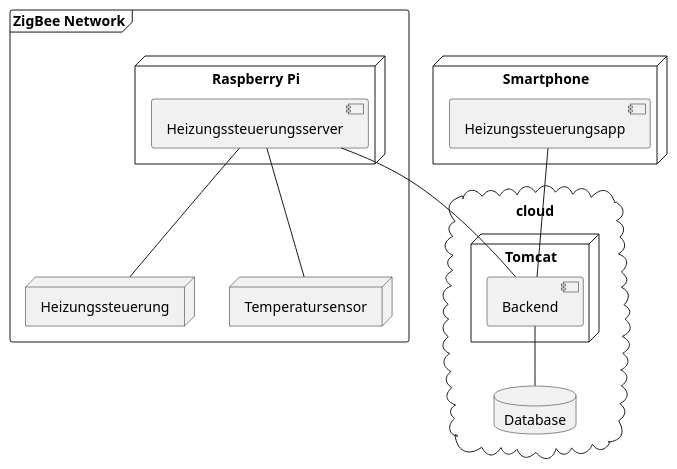
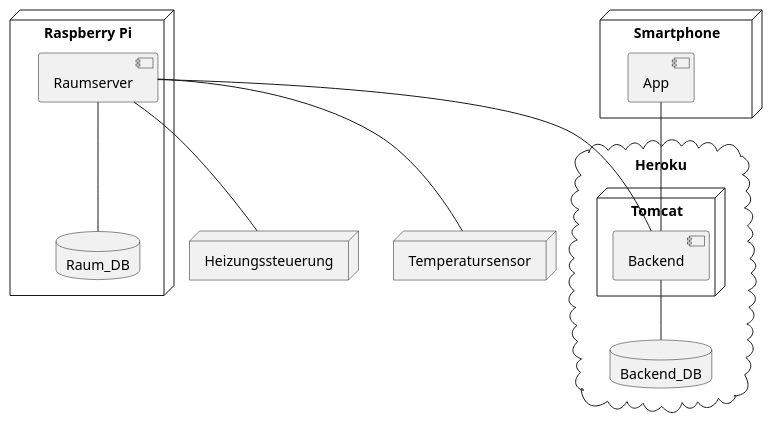
One commit to florensh/embedded-sose16-docs changed the diagram in UML/deploymentDiagram.pu. Above: the diagram before and after it, drawn with PlantUML. The commit also changed 3 other files, not shown here.

```diff
--- a/UML/deploymentDiagram.pu
+++ b/UML/deploymentDiagram.pu
@@ -1,33 +1,35 @@
 @startuml
 
-frame "ZigBee Network" {
+
   node "Raspberry Pi" {
-    component "Heizungssteuerungsserver"
+    database Raum_DB
+    component "Raumserver"
   }
   node "Heizungssteuerung"
   node "Temperatursensor"
 
-}
 
-cloud cloud {
-  database Database
+
+cloud Heroku {
+  database Backend_DB
   node Tomcat {
     component "Backend"
 
   }
 }
 
 
 
 node Smartphone {
-  component Heizungssteuerungsapp
+  component App
 }
 
-Heizungssteuerungsapp -- Backend
-Heizungssteuerungsserver -- Heizungssteuerung
-Heizungssteuerungsserver -- Temperatursensor
-Heizungssteuerungsserver -- Backend
-Backend -- Database
+App -- Backend
+Raumserver -- Raum_DB
+Raumserver -- Heizungssteuerung
+Raumserver -- Temperatursensor
+Raumserver -- Backend
+Backend -- Backend_DB
 
 
 @enduml
```
